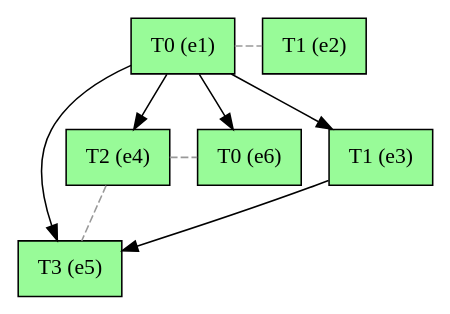
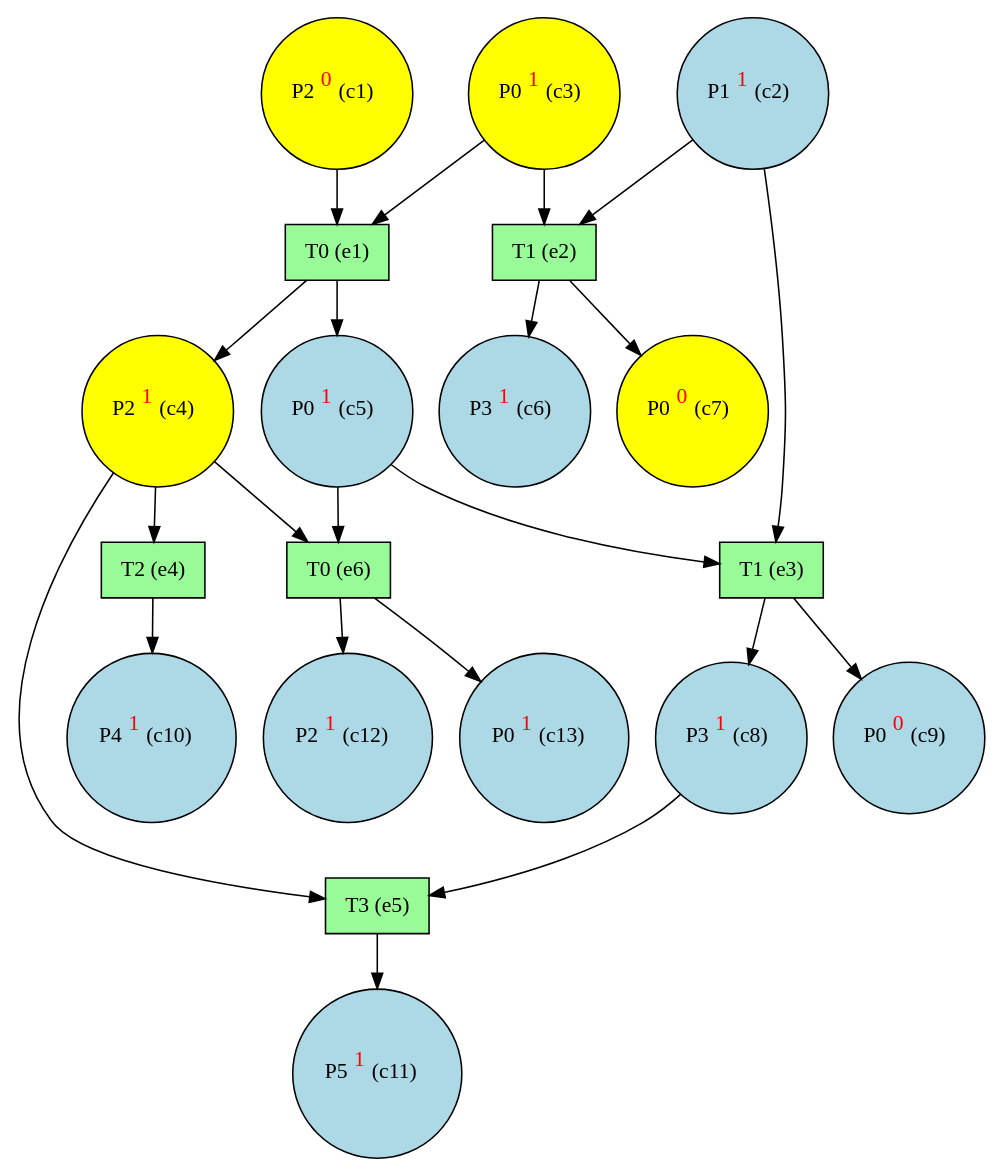
Before and after one commit to giannkas/ecofolder: the diagram in examples/small_eg.dot, drawn with Graphviz. The commit also changed 14 other files, not shown here.

```diff
--- a/examples/small_eg.dot
+++ b/examples/small_eg.dot
@@ -1,19 +1,42 @@
 digraph test {
-  e1 -> e5;
-  e1 -> e4;
-  e1 -> e6;
-  e1 -> e3;
-  e3 -> e5;
-
-//conflicts
-  e1 -> e2 [arrowhead=none color=gray60 style=dashed constraint=false];
-  e4 -> e5 [arrowhead=none color=gray60 style=dashed constraint=false];
-  e4 -> e6 [arrowhead=none color=gray60 style=dashed constraint=false];
-
+  c1 -> e1;
+  c2 -> e3;
+  c2 -> e2;
+  c3 -> e2;
+  c3 -> e1;
+  e1 -> c4;
+  c4 -> e5;
+  c4 -> e4;
+  c4 -> e6;
+  e1 -> c5;
+  c5 -> e3;
+  c5 -> e6;
+  e2 -> c6;
+  e2 -> c7;
+  e3 -> c8;
+  c8 -> e5;
+  e3 -> c9;
+  e4 -> c10;
+  e5 -> c11;
+  e6 -> c12;
+  e6 -> c13;
+  c1 [fillcolor=yellow label= <P2<FONT COLOR="red"><SUP>0</SUP></FONT>&nbsp;(c1)> shape=circle style=filled];
+  c2 [fillcolor=lightblue label= <P1<FONT COLOR="red"><SUP>1</SUP></FONT>&nbsp;(c2)> shape=circle style=filled];
+  c3 [fillcolor=yellow label= <P0<FONT COLOR="red"><SUP>1</SUP></FONT>&nbsp;(c3)> shape=circle style=filled];
+  c4 [fillcolor=yellow label= <P2<FONT COLOR="red"><SUP>1</SUP></FONT>&nbsp;(c4)> shape=circle style=filled];
+  c5 [fillcolor=lightblue label= <P0<FONT COLOR="red"><SUP>1</SUP></FONT>&nbsp;(c5)> shape=circle style=filled];
+  c6 [fillcolor=lightblue label= <P3<FONT COLOR="red"><SUP>1</SUP></FONT>&nbsp;(c6)> shape=circle style=filled];
+  c7 [fillcolor=yellow label= <P0<FONT COLOR="red"><SUP>0</SUP></FONT>&nbsp;(c7)> shape=circle style=filled];
+  c8 [fillcolor=lightblue label= <P3<FONT COLOR="red"><SUP>1</SUP></FONT>&nbsp;(c8)> shape=circle style=filled];
+  c9 [fillcolor=lightblue label= <P0<FONT COLOR="red"><SUP>0</SUP></FONT>&nbsp;(c9)> shape=circle style=filled];
+  c10 [fillcolor=lightblue label= <P4<FONT COLOR="red"><SUP>1</SUP></FONT>&nbsp;(c10)> shape=circle style=filled];
+  c11 [fillcolor=lightblue label= <P5<FONT COLOR="red"><SUP>1</SUP></FONT>&nbsp;(c11)> shape=circle style=filled];
+  c12 [fillcolor=lightblue label= <P2<FONT COLOR="red"><SUP>1</SUP></FONT>&nbsp;(c12)> shape=circle style=filled];
+  c13 [fillcolor=lightblue label= <P0<FONT COLOR="red"><SUP>1</SUP></FONT>&nbsp;(c13)> shape=circle style=filled];
   e1 [fillcolor=palegreen label="T0 (e1)" shape=box style=filled];
   e2 [fillcolor=palegreen label="T1 (e2)" shape=box style=filled];
   e3 [fillcolor=palegreen label="T1 (e3)" shape=box style=filled];
   e4 [fillcolor=palegreen label="T2 (e4)" shape=box style=filled];
   e5 [fillcolor=palegreen label="T3 (e5)" shape=box style=filled];
   e6 [fillcolor=palegreen label="T0 (e6)" shape=box style=filled];
 }
```
